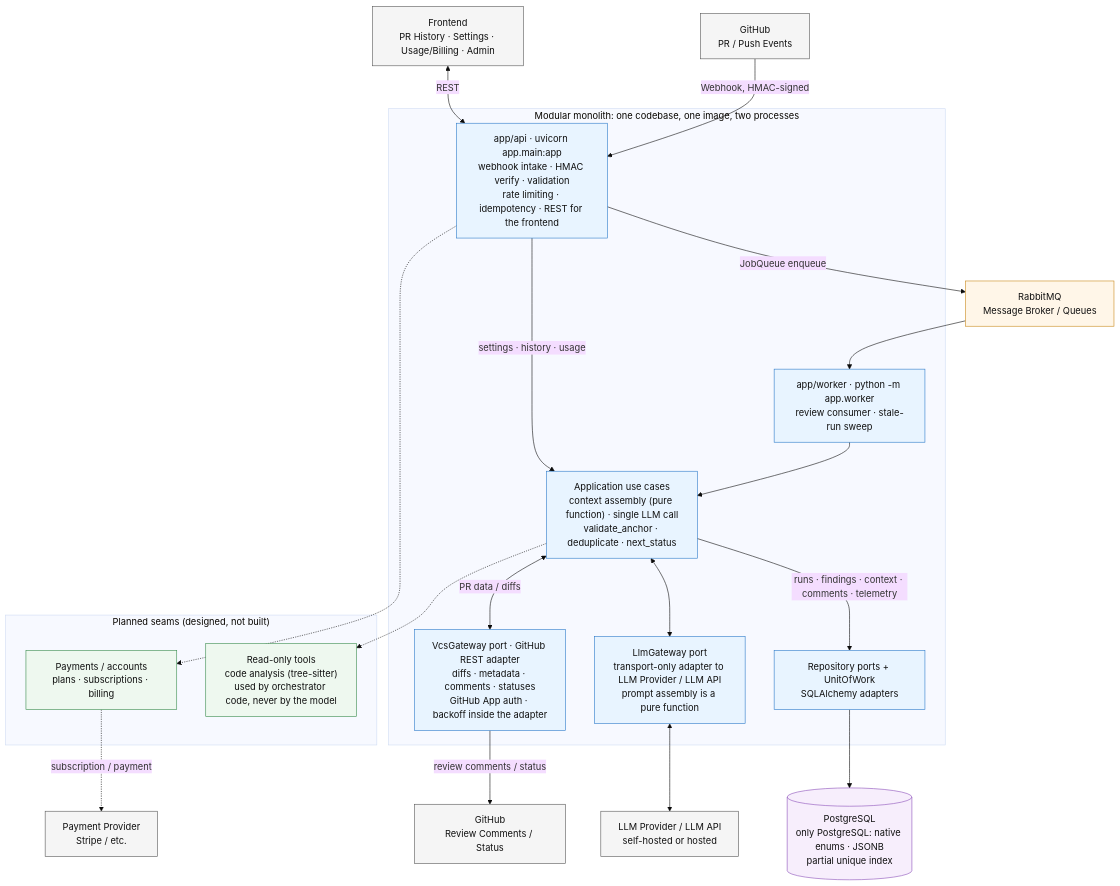
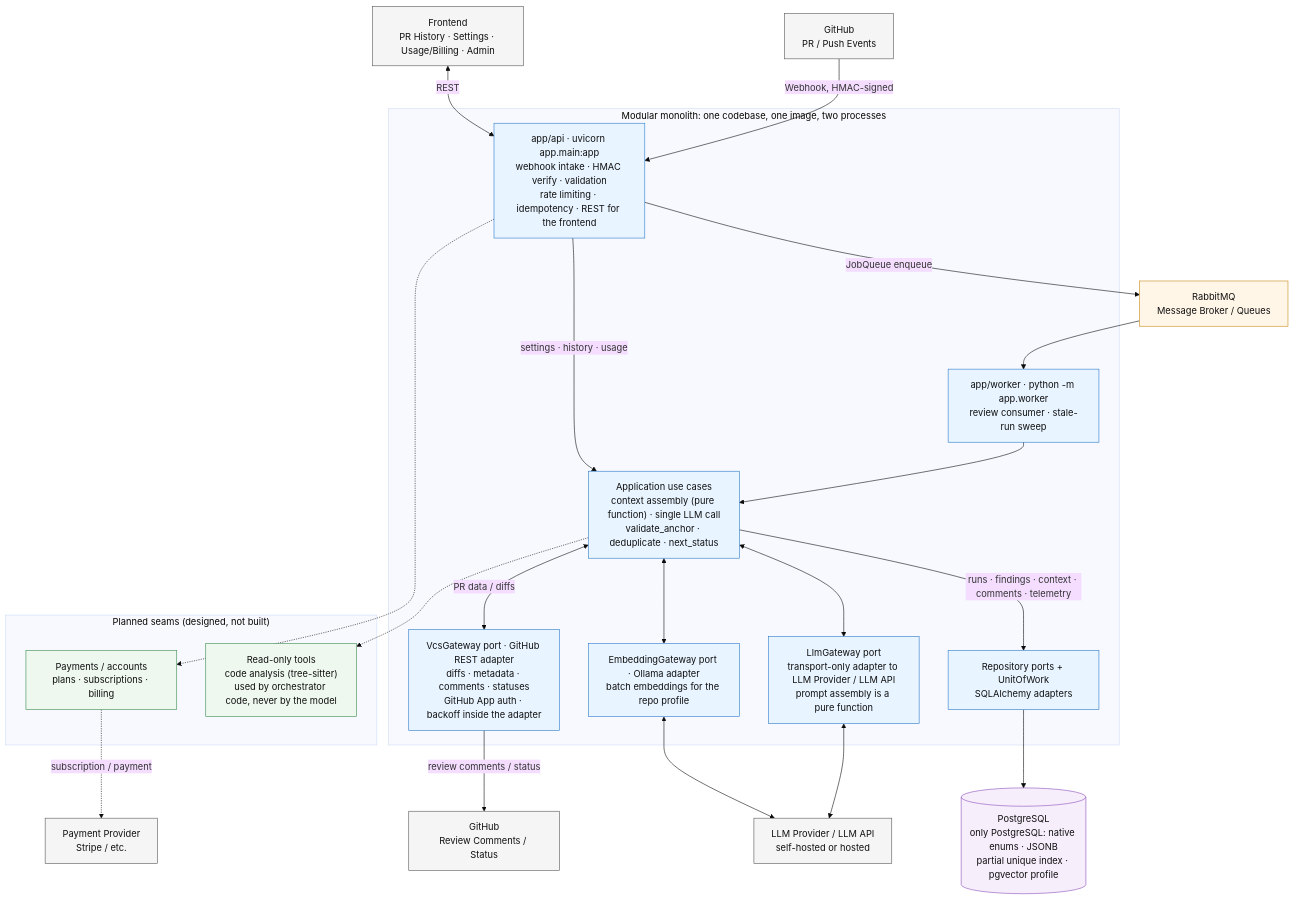
Before and after one commit to larchanka-training/dmc-268-api-t1: the diagram in docs/SYSTEM_DESIGN.md, drawn with Mermaid (base theme). The commit also changed other lines of this file and 33 other files, not shown here.

````diff
--- a/docs/SYSTEM_DESIGN.md
+++ b/docs/SYSTEM_DESIGN.md
@@ -9,67 +9,70 @@
 ```mermaid
 flowchart TB
     %% External
     GH[GitHub<br/>PR / Push Events]
     GHR[GitHub<br/>Review Comments / Status]
     PP[Payment Provider<br/>Stripe / etc.]
     LLM[LLM Provider / LLM API<br/>self-hosted or hosted]
     FE[Frontend<br/>PR History · Settings · Usage/Billing · Admin]
 
     %% Infrastructure
     MQ[RabbitMQ<br/>Message Broker / Queues]
-    DB[(PostgreSQL<br/>only PostgreSQL: native enums · JSONB<br/>partial unique index)]
+    DB[(PostgreSQL<br/>only PostgreSQL: native enums · JSONB<br/>partial unique index · pgvector profile)]
 
     %% Modular monolith
     subgraph MONOLITH["Modular monolith: one codebase, one image, two processes"]
         API["app/api · uvicorn app.main:app<br/>webhook intake · HMAC verify · validation<br/>rate limiting · idempotency · REST for the frontend"]
         WORKER["app/worker · python -m app.worker<br/>review consumer · stale-run sweep"]
         ORCH["Application use cases<br/>context assembly (pure function) · single LLM call<br/>validate_anchor · deduplicate · next_status"]
         VCS["VcsGateway port · GitHub REST adapter<br/>diffs · metadata · comments · statuses<br/>GitHub App auth · backoff inside the adapter"]
         LGW["LlmGateway port<br/>transport-only adapter to LLM Provider / LLM API<br/>prompt assembly is a pure function"]
+        EMB["EmbeddingGateway port · Ollama adapter<br/>batch embeddings for the repo profile"]
         REPOS["Repository ports + UnitOfWork<br/>SQLAlchemy adapters"]
     end
 
     %% Planned seams
     subgraph PLANNED["Planned seams (designed, not built)"]
         PAY["Payments / accounts<br/>plans · subscriptions · billing"]
         TOOLS["Read-only tools<br/>code analysis (tree-sitter)<br/>used by orchestrator code, never by the model"]
     end
 
     %% Event flow
     GH -->|Webhook, HMAC-signed| API
     FE <-->|REST| API
     API -->|JobQueue enqueue| MQ
     MQ --> WORKER
     WORKER --> ORCH
     API -->|settings · history · usage| ORCH
 
     %% VCS
     ORCH <-->|PR data / diffs| VCS
     VCS -->|review comments / status| GHR
 
     %% LLM
     ORCH <--> LGW
     LGW <--> LLM
+    ORCH <--> EMB
+    EMB <--> LLM
 
     %% Data and telemetry
     ORCH -->|runs · findings · context · comments · telemetry| REPOS
     REPOS --> DB
 
     %% Planned seams
     API -.-> PAY
     PAY -.->|subscription / payment| PP
     ORCH -.-> TOOLS
 
     %% Styling
     classDef external fill:#f5f5f5,stroke:#555,color:#111;
     classDef core fill:#e8f4ff,stroke:#2878c8,color:#111;
     classDef planned fill:#eef8ef,stroke:#368a4a,color:#111;
     classDef infra fill:#fff6e8,stroke:#c88719,color:#111;
     classDef db fill:#f7eefc,stroke:#8a4db8,color:#111;
 
     class GH,GHR,PP,LLM,FE external;
-    class API,WORKER,ORCH,VCS,LGW,REPOS core;
+    class API,WORKER,ORCH,VCS,LGW,EMB,REPOS core;
     class PAY,TOOLS planned;
     class MQ infra;
     class DB db;
 ```
````
